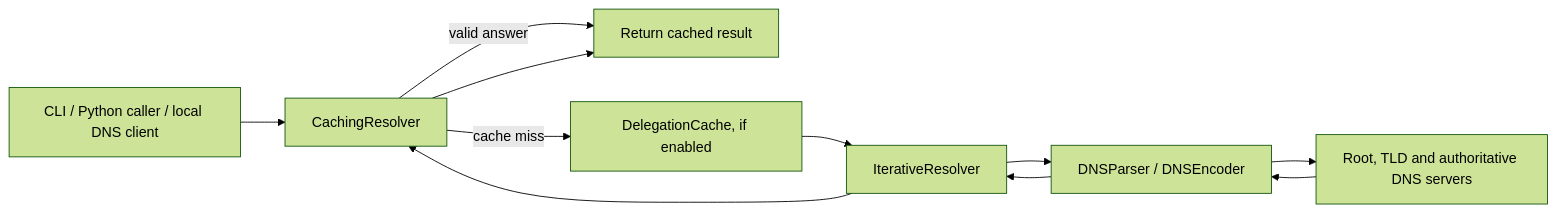
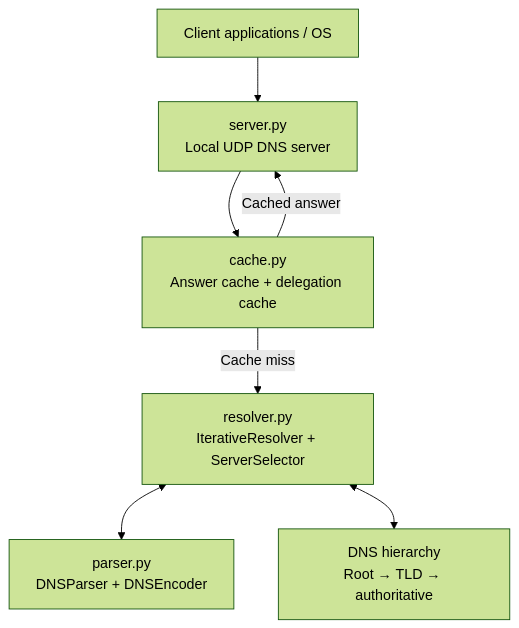
One commit to MaiCoderHoon/RootRunner changed the first of 2 diagrams in README.md. Above: the diagram before and after it, drawn with Mermaid (forest theme). The commit also changed other lines of this file, not shown here.

Commit message:
docs: refine RootRunner README

````diff
--- a/README.md
+++ b/README.md
@@ -87,13 +71,16 @@
-```mermaid
-flowchart LR
-    Client[CLI / Python caller / local DNS client] --> Cache[CachingResolver]
-    Cache -->|valid answer| Return[Return cached result]
-    Cache -->|cache miss| Delegation[DelegationCache, if enabled]
-    Delegation --> Resolver[IterativeResolver]
-    Resolver --> Parser[DNSParser / DNSEncoder]
-    Parser --> Network[Root, TLD and authoritative DNS servers]
-    Network --> Parser
-    Parser --> Resolver
-    Resolver --> Cache
-    Cache --> Return
-```
+~~~mermaid
+flowchart TB
+    Client["Client applications / OS"]
+    Server["server.py<br/>Local UDP DNS server"]
+    Cache["cache.py<br/>Answer cache + delegation cache"]
+    Resolver["resolver.py<br/>IterativeResolver + ServerSelector"]
+    Parser["parser.py<br/>DNSParser + DNSEncoder"]
+    Hierarchy["DNS hierarchy<br/>Root → TLD → authoritative"]
+
+    Client --> Server
+    Server --> Cache
+    Cache -->|Cache miss| Resolver
+    Resolver <--> Parser
+    Resolver <--> Hierarchy
+    Cache -->|Cached answer| Server
+~~~
````
